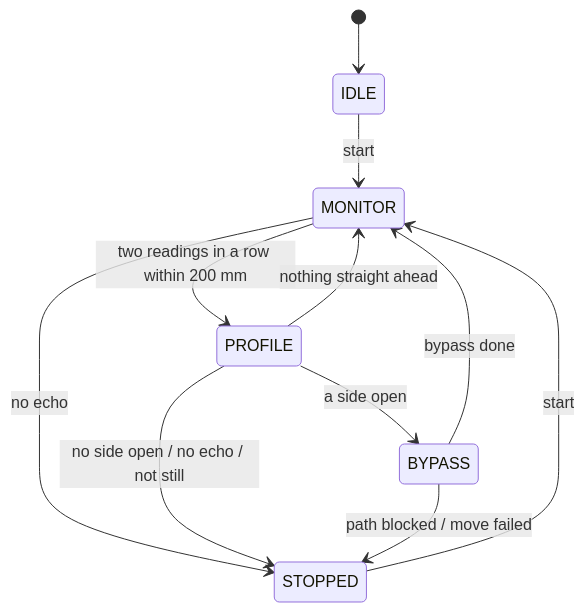
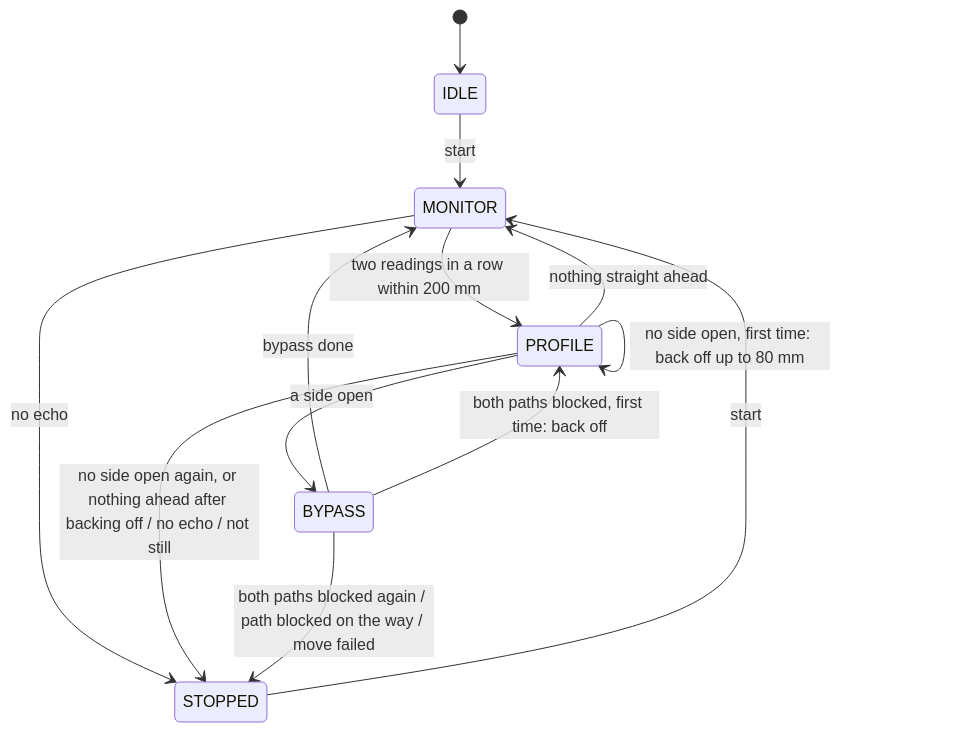
The fourth of 5 diagrams in docs/ARCHITECTURE.md (10x-Slackers/INF2004), drawn with Mermaid before and after one commit. The commit also changed other lines of this file and 8 other files, not shown here.

````diff
--- a/docs/ARCHITECTURE.md
+++ b/docs/ARCHITECTURE.md
@@ -194,13 +194,15 @@
 ```mermaid
 stateDiagram-v2
     [*] --> IDLE
     IDLE --> MONITOR: start
     MONITOR --> PROFILE: two readings in a row within 200 mm
     MONITOR --> STOPPED: no echo
     PROFILE --> MONITOR: nothing straight ahead
     PROFILE --> BYPASS: a side open
-    PROFILE --> STOPPED: no side open / no echo / not still
+    PROFILE --> PROFILE: no side open, first time: back off up to 80 mm
+    PROFILE --> STOPPED: no side open again, or nothing ahead after backing off / no echo / not still
     BYPASS --> MONITOR: bypass done
-    BYPASS --> STOPPED: path blocked / move failed
+    BYPASS --> PROFILE: both paths blocked, first time: back off
+    BYPASS --> STOPPED: both paths blocked again / path blocked on the way / move failed
     STOPPED --> MONITOR: start
 ```
````
